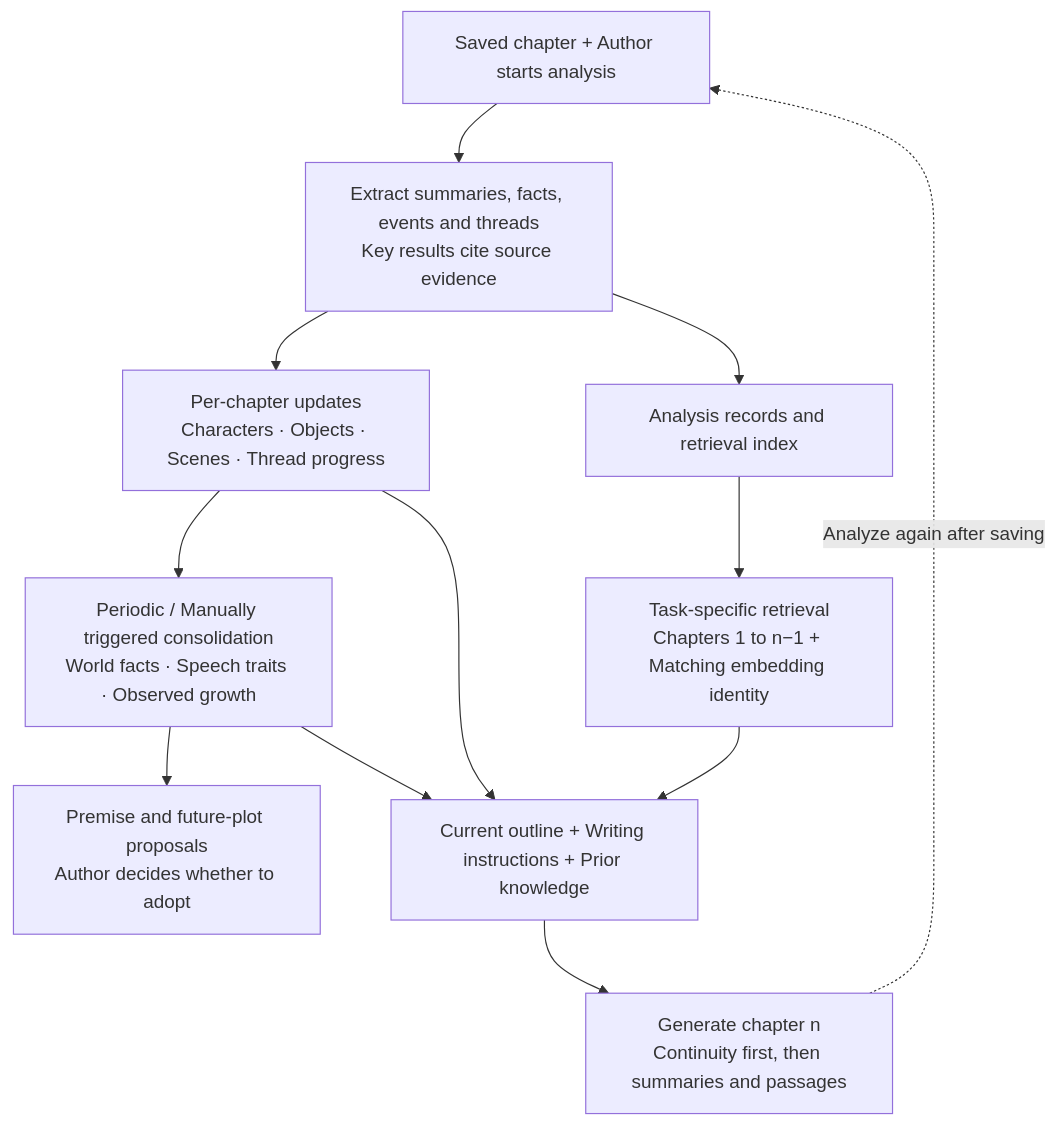
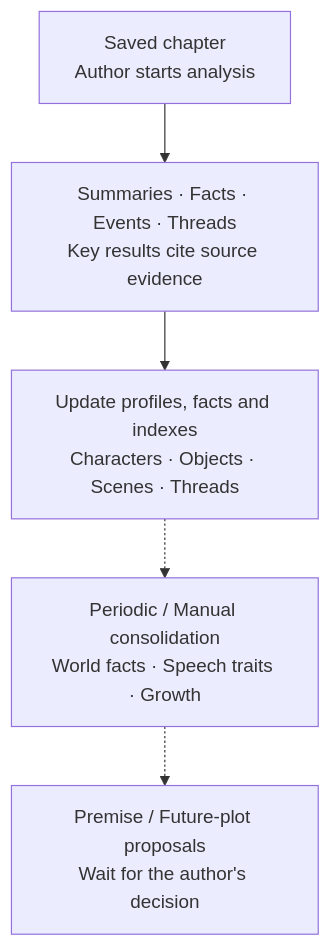
One commit to GTJasonMK/A4N changed the fourth of 18 diagrams in README.en.md. Above: the diagram before and after it, drawn with Mermaid. The commit also changed other lines of this file and 2 other files, not shown here.

First line of the commit message:
docs: fix README diagram flows and mobile readability

````diff
--- a/README.en.md
+++ b/README.en.md
@@ -87,16 +89,9 @@
 ```mermaid
 flowchart TB
-  accTitle: Chapter analysis, accumulated knowledge and writing feedback
-  accDescr: Analysis cites source passages, synchronizes current facts each chapter and periodically consolidates knowledge. Retrieval prepares context from earlier chapters; changes to future plotting remain proposals for the author.
-  chapter["Saved chapter + Author starts analysis"] --> extract["Extract summaries, facts, events and threads<br/>Key results cite source evidence"]
-  extract --> profiles["Per-chapter updates<br/>Characters · Objects · Scenes · Thread progress"]
-  extract --> index["Analysis records and retrieval index"]
-  profiles --> consolidate["Periodic / Manually triggered consolidation<br/>World facts · Speech traits · Observed growth"]
-  consolidate --> suggestions["Premise and future-plot proposals<br/>Author decides whether to adopt"]
-  profiles --> context["Current outline + Writing instructions + Prior knowledge"]
-  index --> retrieval["Task-specific retrieval<br/>Chapters 1 to n−1 + Matching embedding identity"]
-  retrieval --> context
-  consolidate --> context
-  context --> generation["Generate chapter n<br/>Continuity first, then summaries and passages"]
-  generation -.->|Analyze again after saving| chapter
+  accTitle: Chapter analysis and accumulated story knowledge
+  accDescr: The author starts analysis of saved text. Extracted summaries, facts, events and threads retain source evidence and update profiles, facts and retrieval indexes. Less frequent knowledge is consolidated periodically or manually and may produce author-reviewed future-plot proposals.
+  chapter["Saved chapter<br/>Author starts analysis"] --> extract["Summaries · Facts · Events · Threads<br/>Key results cite source evidence"]
+  extract --> material["Update profiles, facts and indexes<br/>Characters · Objects · Scenes · Threads"]
+  material -.-> consolidate["Periodic / Manual consolidation<br/>World facts · Speech traits · Growth"]
+  consolidate -.-> suggestions["Premise / Future-plot proposals<br/>Wait for the author's decision"]
 ```
````
